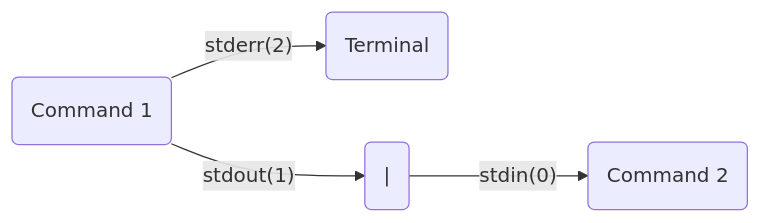
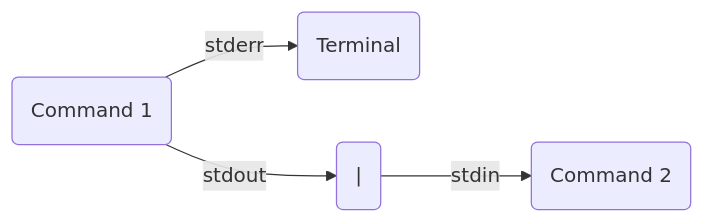
One commit to apcamargo/starlight-test changed the diagram in src/content/docs/guides/linux.mdx. Above: the diagram before and after it, drawn with Mermaid. The commit also changed other lines of this file, not shown here.

````diff
--- a/src/content/docs/guides/linux.mdx
+++ b/src/content/docs/guides/linux.mdx
@@ -61,10 +61,10 @@
 ```mermaid
 graph LR
     CMD1("Command 1")
     CMD2("Command 2")
     TERM("Terminal")
     
-    CMD1 -->|"stdout(1)"| PIPE("|")
-    PIPE -->|"stdin(0)"| CMD2
-    CMD1 -->|"stderr(2)"| TERM
+    CMD1 -->|"stdout"| PIPE("|")
+    PIPE -->|"stdin"| CMD2
+    CMD1 -->|"stderr"| TERM
 ```
````
